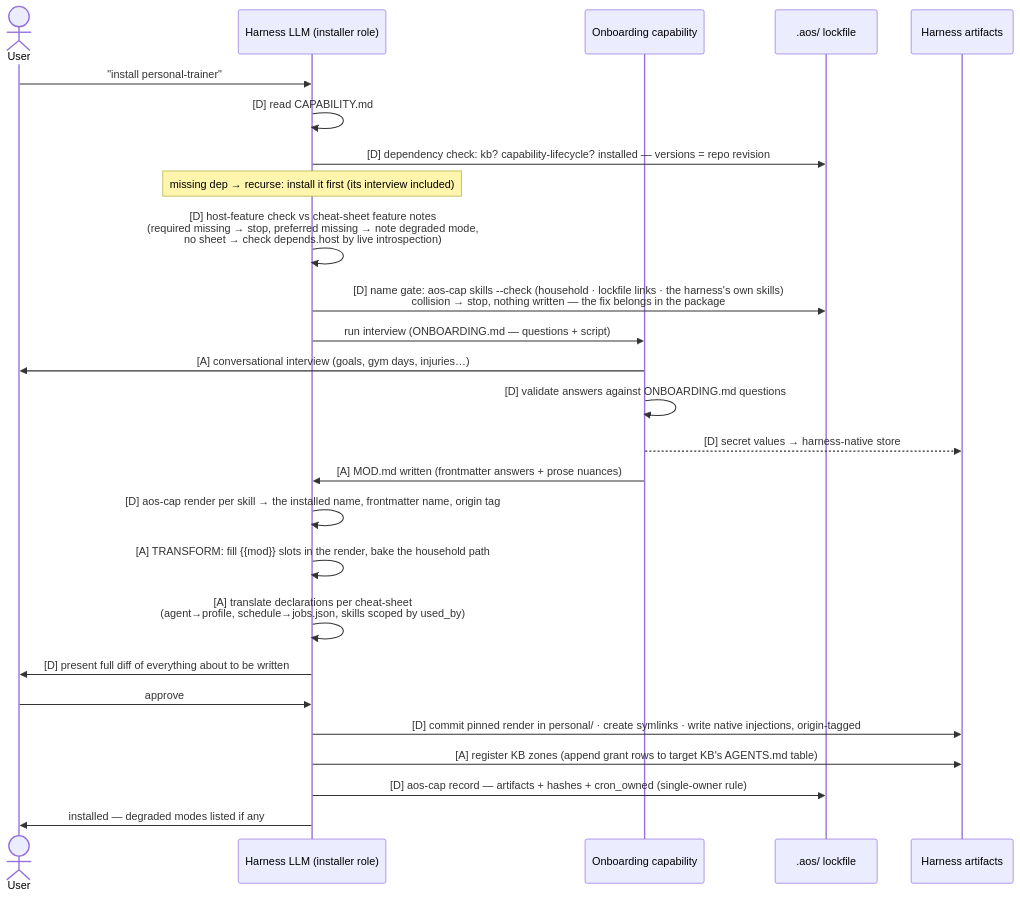
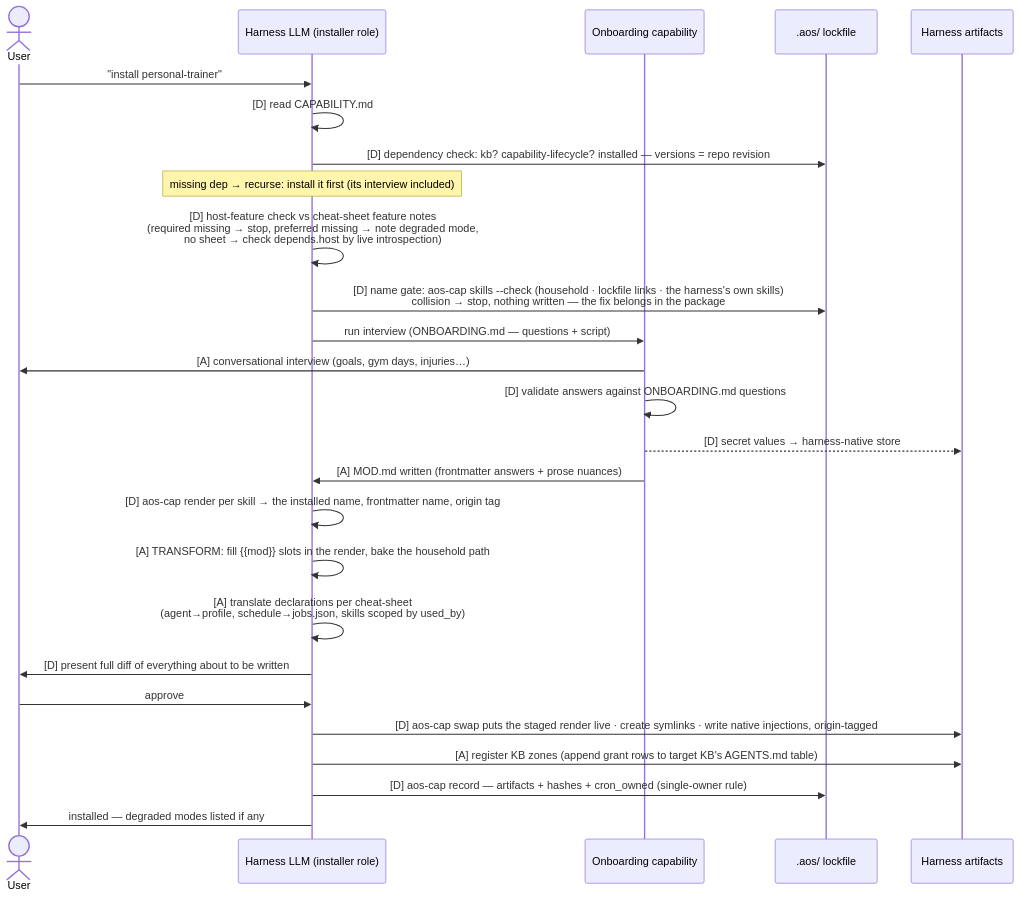
The first of 2 diagrams in design/install-flow.md (AlmogBaku/aos), drawn with Mermaid before and after one commit. The commit also changed other lines of this file and 4 other files, not shown here.

First line of the commit message:
spec: renders live in machine-local rendered/, gated live-vs-staged

````diff
--- a/design/install-flow.md
+++ b/design/install-flow.md
@@ -22,29 +22,29 @@
 ```mermaid
 sequenceDiagram
     actor U as User
     participant H as Harness LLM (installer role)
     participant O as Onboarding capability
     participant L as .aos/ lockfile
     participant HA as Harness artifacts
 
     U->>H: "install personal-trainer"
     H->>H: [D] read CAPABILITY.md
     H->>L: [D] dependency check: kb? capability-lifecycle? installed — versions = repo revision
     Note over H: missing dep → recurse: install it first (its interview included)
     H->>H: [D] host-feature check vs cheat-sheet feature notes<br/>(required missing → stop, preferred missing → note degraded mode,<br/>no sheet → check depends.host by live introspection)
     H->>L: [D] name gate: aos-cap skills --check (household · lockfile links · the harness's own skills)<br/>collision → stop, nothing written — the fix belongs in the package
     H->>O: run interview (ONBOARDING.md — questions + script)
     O->>U: [A] conversational interview (goals, gym days, injuries…)
     O->>O: [D] validate answers against ONBOARDING.md questions
     O-->>HA: [D] secret values → harness-native store
     O->>H: [A] MOD.md written (frontmatter answers + prose nuances)
     H->>H: [D] aos-cap render per skill → the installed name, frontmatter name, origin tag
     H->>H: [A] TRANSFORM: fill {{mod}} slots in the render, bake the household path
     H->>H: [A] translate declarations per cheat-sheet<br/>(agent→profile, schedule→jobs.json, skills scoped by used_by)
     H->>U: [D] present full diff of everything about to be written
     U->>H: approve
-    H->>HA: [D] commit pinned render in personal/ · create symlinks · write native injections, origin-tagged
+    H->>HA: [D] aos-cap swap puts the staged render live · create symlinks · write native injections, origin-tagged
     H->>HA: [A] register KB zones (append grant rows to target KB's AGENTS.md table)
     H->>L: [D] aos-cap record — artifacts + hashes + cron_owned (single-owner rule)
     H->>U: installed — degraded modes listed if any
 ```
````
